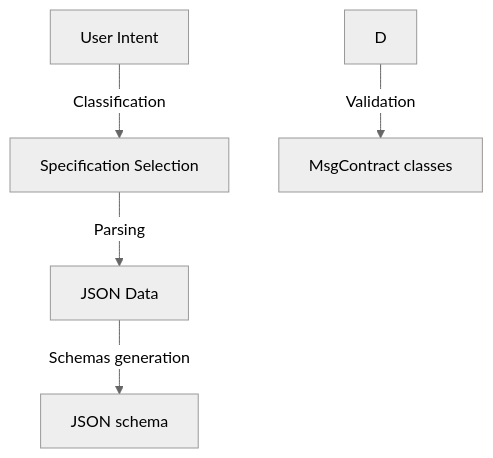
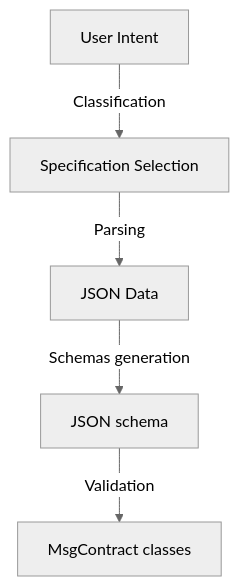
Before and after one commit to nayname/ntrn: the diagram in README.md, drawn with Mermaid (neutral theme).

````diff
--- a/README.md
+++ b/README.md
@@ -25,7 +25,7 @@
 ```mermaid
 graph TD
     A[User Intent] -->|Classification| B[Specification Selection]
     B -->|Parsing| C[JSON Data]
-    C -->|Schemas generation| E[JSON schema]
-    D -->|Validation| c[MsgContract classes]
+    C -->|Schemas generation| D[JSON schema]
+    D -->|Validation| E[MsgContract classes]
 ```
````
